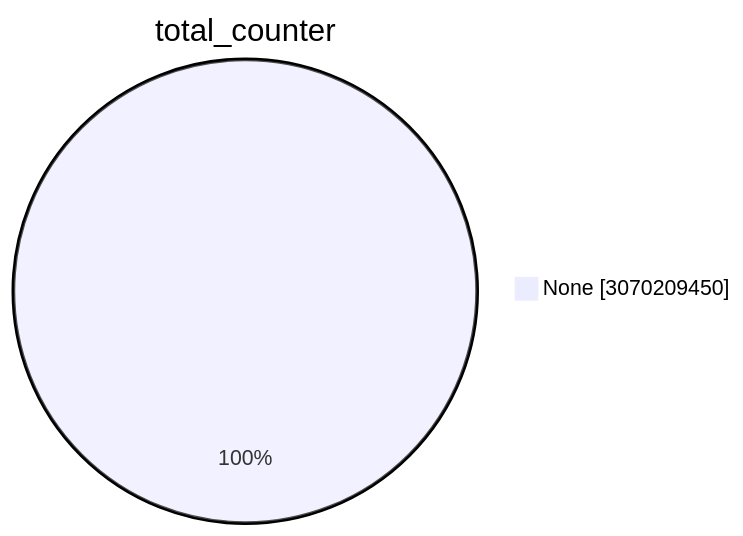
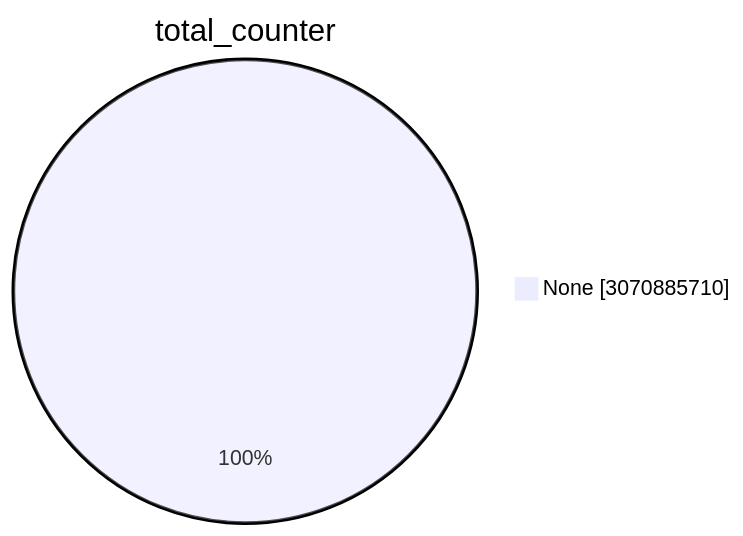
One commit to christiankrug/ctmonitor_visualization changed the first of 15 diagrams in TOTAL/README.md. Above: the diagram before and after it, drawn with Mermaid. The commit also changed other lines of this file, not shown here.

````diff
--- a/TOTAL/README.md
+++ b/TOTAL/README.md
@@ -1,5 +1,5 @@
 ```mermaid
 pie showData
 title total_counter
-"None" :3070209450
+"None" :3070885710
 ```
````
